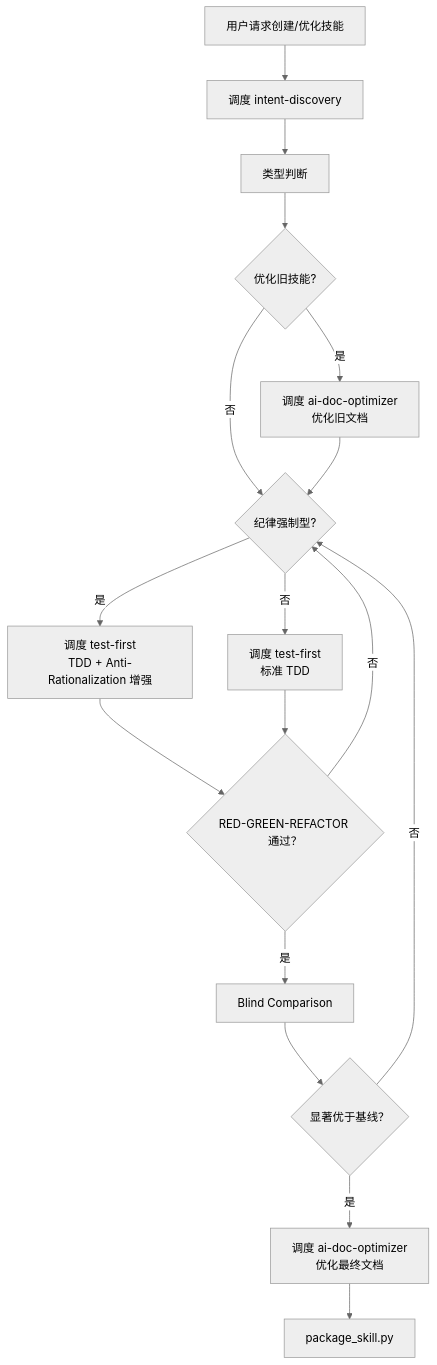
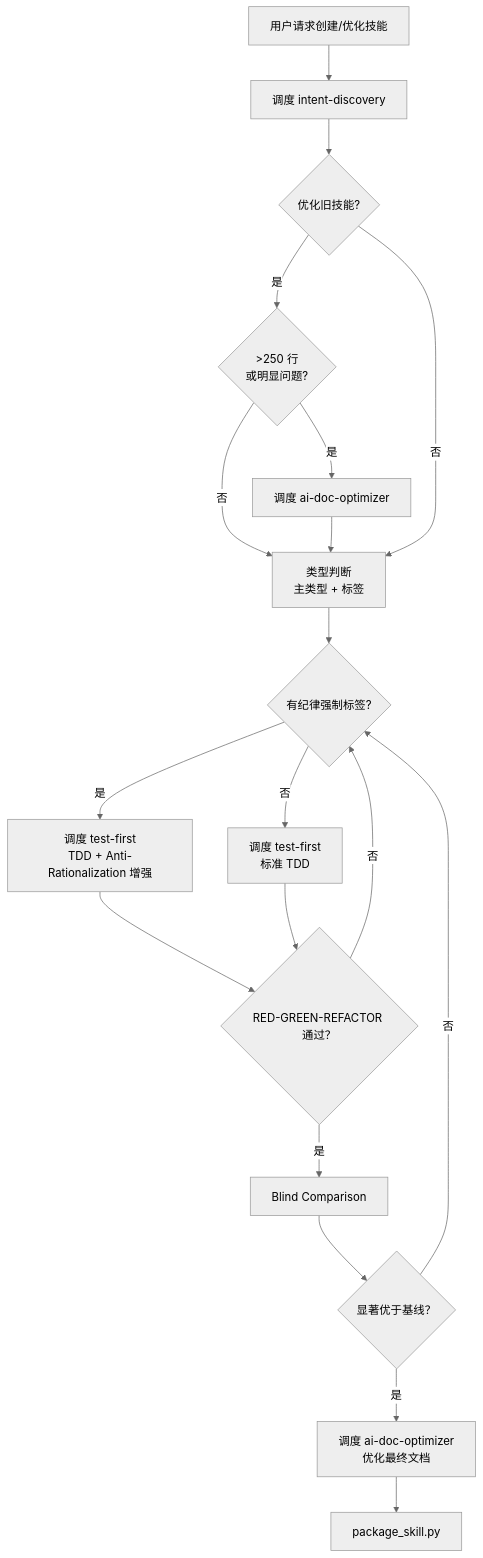
Before and after one commit to Z-JaDe/meta-skill: the first of 5 diagrams in skills/meta-skill/SKILL.md, drawn with Mermaid (neutral theme). The commit also changed other lines of this file and 2 other files, not shown here.

````diff
--- a/skills/meta-skill/SKILL.md
+++ b/skills/meta-skill/SKILL.md
@@ -46,19 +52,21 @@
 ```mermaid
 flowchart TD
     Start[用户请求创建/优化技能] --> P1[调度 intent-discovery]
-    P1 --> P2[类型判断]
-    P2 --> P2a{优化旧技能?}
-    P2a -->|是| P2b[调度 ai-doc-optimizer<br/>优化旧文档]
-    P2a -->|否| P3
-    P2b --> P3{纪律强制型?}
+    P1 --> P1a{优化旧技能?}
+    P1a -->|是| P1b{>250 行<br/>或明显问题?}
+    P1b -->|是| P1c[调度 ai-doc-optimizer]
+    P1b -->|否| P2
+    P1c --> P2[类型判断<br/>主类型 + 标签]
+    P1a -->|否| P2
+    P2 --> P3{有纪律强制标签?}
     P3 -->|是| P3a[调度 test-first<br/>TDD + Anti-Rationalization 增强]
     P3 -->|否| P3b[调度 test-first<br/>标准 TDD]
     P3a --> P4{RED-GREEN-REFACTOR 通过？}
     P3b --> P4
     P4 -->|否 | P3
     P4 -->|是 | P5[Blind Comparison]
     P5 --> P6{显著优于基线？}
     P6 -->|否 | P3
     P6 -->|是 | P7[调度 ai-doc-optimizer<br/>优化最终文档]
     P7 --> P8[package_skill.py]
 ```
````
